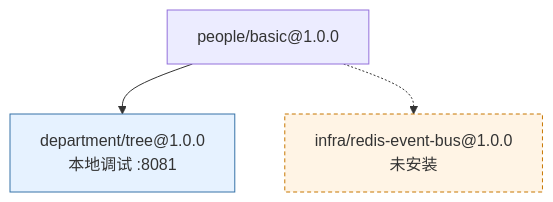
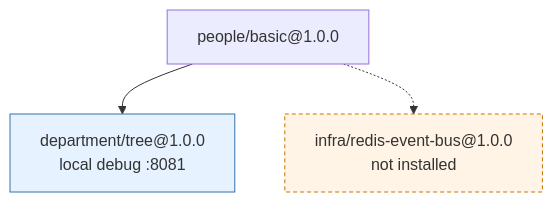
The second of 2 diagrams in docs/en/06-architecture/09-cli-reference.md (brickKit/brickKit), drawn with Mermaid before and after one commit. The commit also changed other lines of this file and 28 other files, not shown here.

````diff
--- a/docs/en/06-architecture/09-cli-reference.md
+++ b/docs/en/06-architecture/09-cli-reference.md
@@ -221,12 +221,12 @@
 ```mermaid
 graph TD
-    department_tree_1_0_0["department/tree@1.0.0<br/>本地调试 :8081"]
+    department_tree_1_0_0["department/tree@1.0.0<br/>local debug :8081"]
     people_basic_1_0_0["people/basic@1.0.0"]
-    infra_redis_event_bus_1_0_0["infra/redis-event-bus@1.0.0<br/>未安装"]
+    infra_redis_event_bus_1_0_0["infra/redis-event-bus@1.0.0<br/>not installed"]
     people_basic_1_0_0 --> department_tree_1_0_0
     people_basic_1_0_0 -.-> infra_redis_event_bus_1_0_0
     classDef local fill:#e6f2ff,stroke:#3673a8;
     class department_tree_1_0_0 local
     classDef missing fill:#fff4e5,stroke:#c77700,stroke-dasharray:4 3;
     class infra_redis_event_bus_1_0_0 missing
 ```
````
